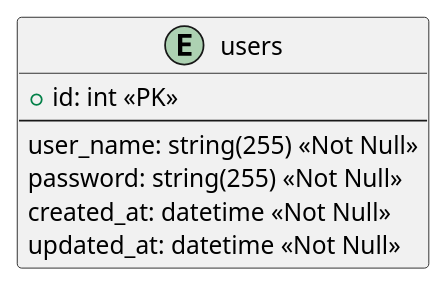
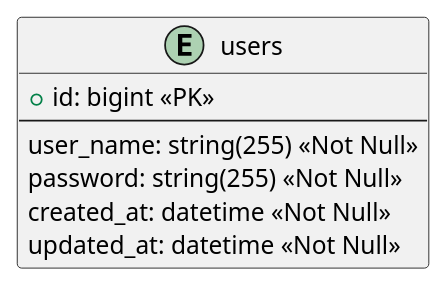
The diagram in Plantuml/tables/users.puml (ZoveRKI/BookKeeping), drawn with PlantUML before and after one commit. The commit also changed 7 other files, not shown here.

```diff
--- a/Plantuml/tables/users.puml
+++ b/Plantuml/tables/users.puml
@@ -1,12 +1,12 @@
 @startuml users
 
 entity "users" as users {
-    + id: int <<PK>>
+    + id: bigint <<PK>>
     --
     user_name: string(255) <<Not Null>>
     password: string(255) <<Not Null>>
     created_at: datetime <<Not Null>>
     updated_at: datetime <<Not Null>>
 }
 
 @enduml
```
